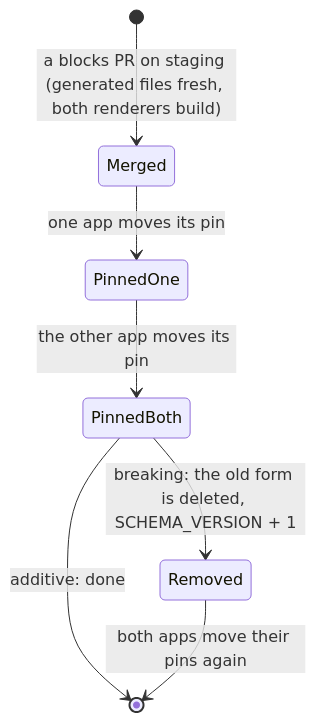
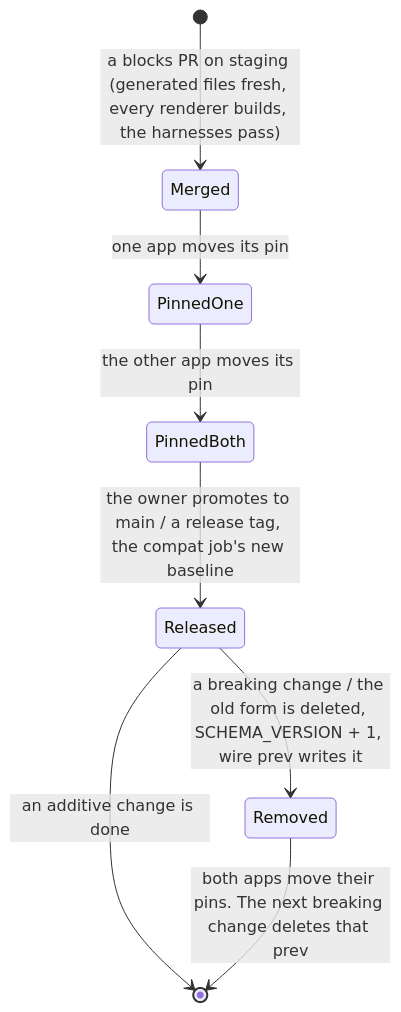
The third of 3 diagrams in docs/architecture/blocks/boundaries.md (jirathip-dev/blocks), drawn with Mermaid before and after one commit. The commit also changed other lines of this file and 6 other files, not shown here.

Commit message:
architecture: blocks ADR revised for q2058-q2070: fallbacks and two versions, a static site renderer, style hooks, behaviours as a typed tree, islands, headless harnesses, the line budget (#2)

````diff
--- a/docs/architecture/blocks/boundaries.md
+++ b/docs/architecture/blocks/boundaries.md
@@ -138,9 +143,10 @@
 ```mermaid
 stateDiagram-v2
-    [*] --> Merged: a blocks PR on staging (generated files fresh, both renderers build)
+    [*] --> Merged: a blocks PR on staging (generated files fresh, every renderer builds, the harnesses pass)
     Merged --> PinnedOne: one app moves its pin
     PinnedOne --> PinnedBoth: the other app moves its pin
-    PinnedBoth --> [*]: additive: done
-    PinnedBoth --> Removed: breaking: the old form is deleted, SCHEMA_VERSION + 1
-    Removed --> [*]: both apps move their pins again
+    PinnedBoth --> Released: the owner promotes to main / a release tag, the compat job's new baseline
+    Released --> [*]: an additive change is done
+    Released --> Removed: a breaking change / the old form is deleted, SCHEMA_VERSION + 1, wire prev writes it
+    Removed --> [*]: both apps move their pins. The next breaking change deletes that prev
 ```
````
